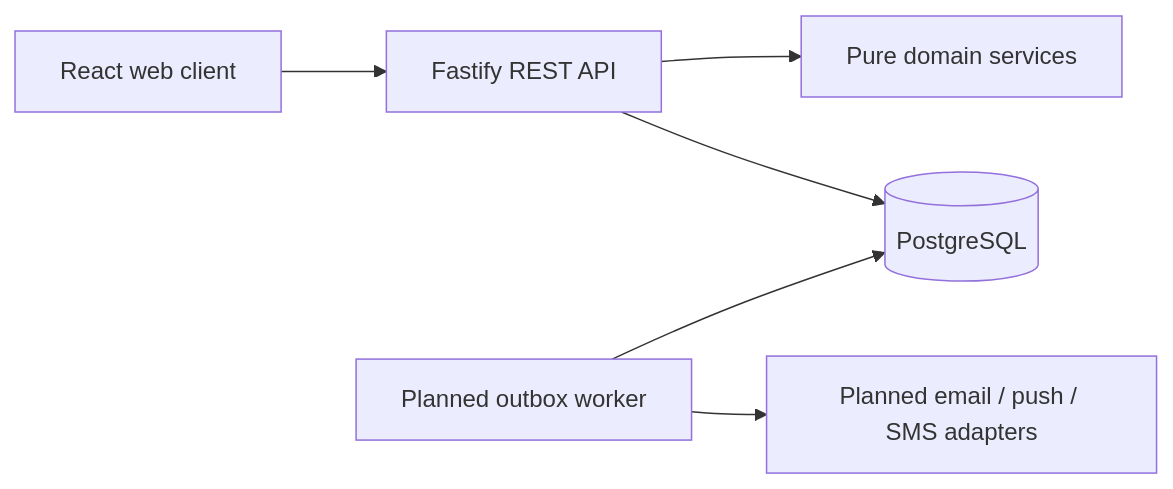
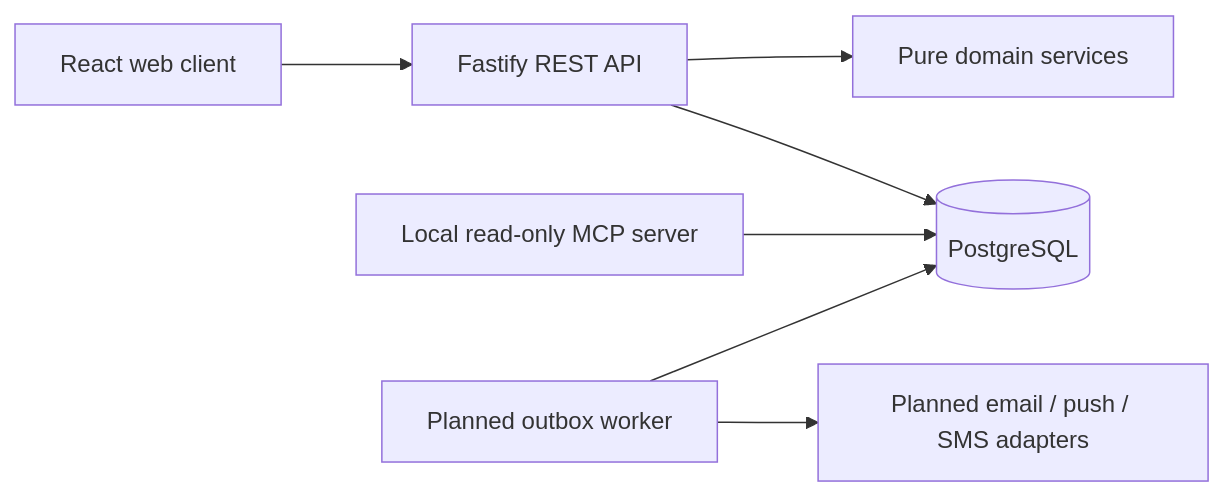
Before and after one commit to mhdnaseeel/habit-tracker: the diagram in docs/architecture.md, drawn with Mermaid. The commit also changed other lines of this file and 34 other files, not shown here.

Commit message:
Add planner, weekly tracking, insights, journal and read-only MCP

````diff
--- a/docs/architecture.md
+++ b/docs/architecture.md
@@ -3,8 +3,9 @@
 ```mermaid
 flowchart LR
  Web[React web client] --> API[Fastify REST API]
  API --> Domain[Pure domain services]
  API --> DB[(PostgreSQL)]
+ LocalMCP[Local read-only MCP server] --> DB
  Worker[Planned outbox worker] --> DB
  Worker --> Providers[Planned email / push / SMS adapters]
 ```
````
